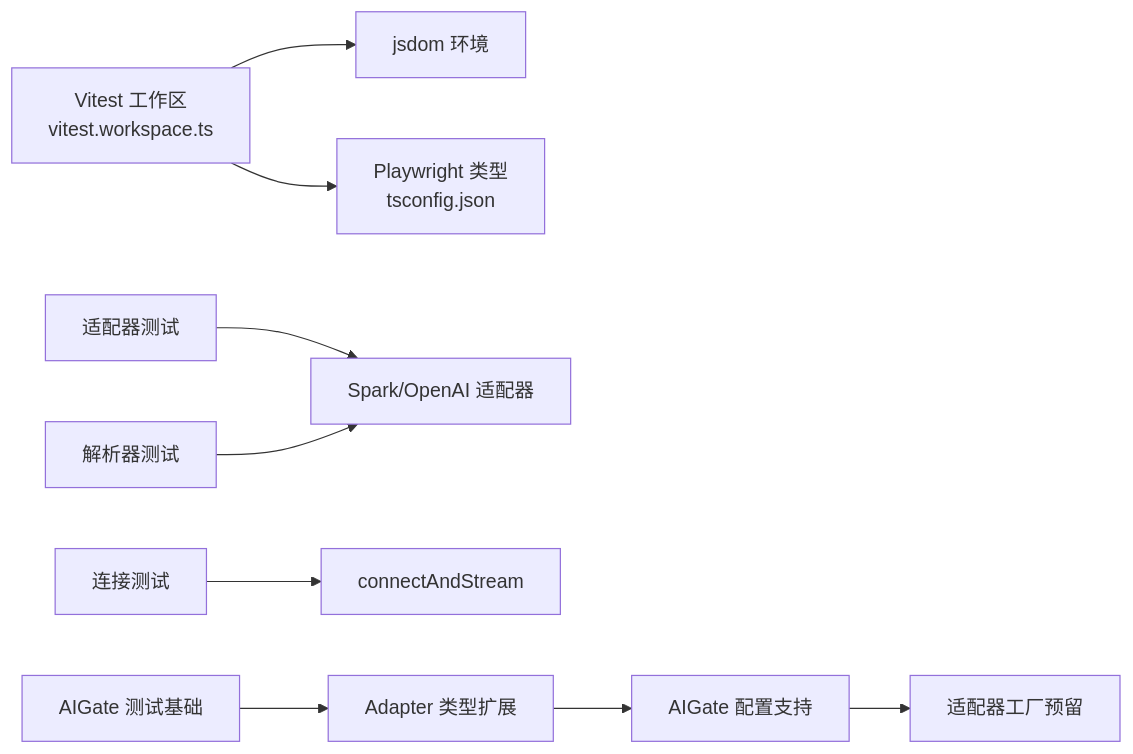
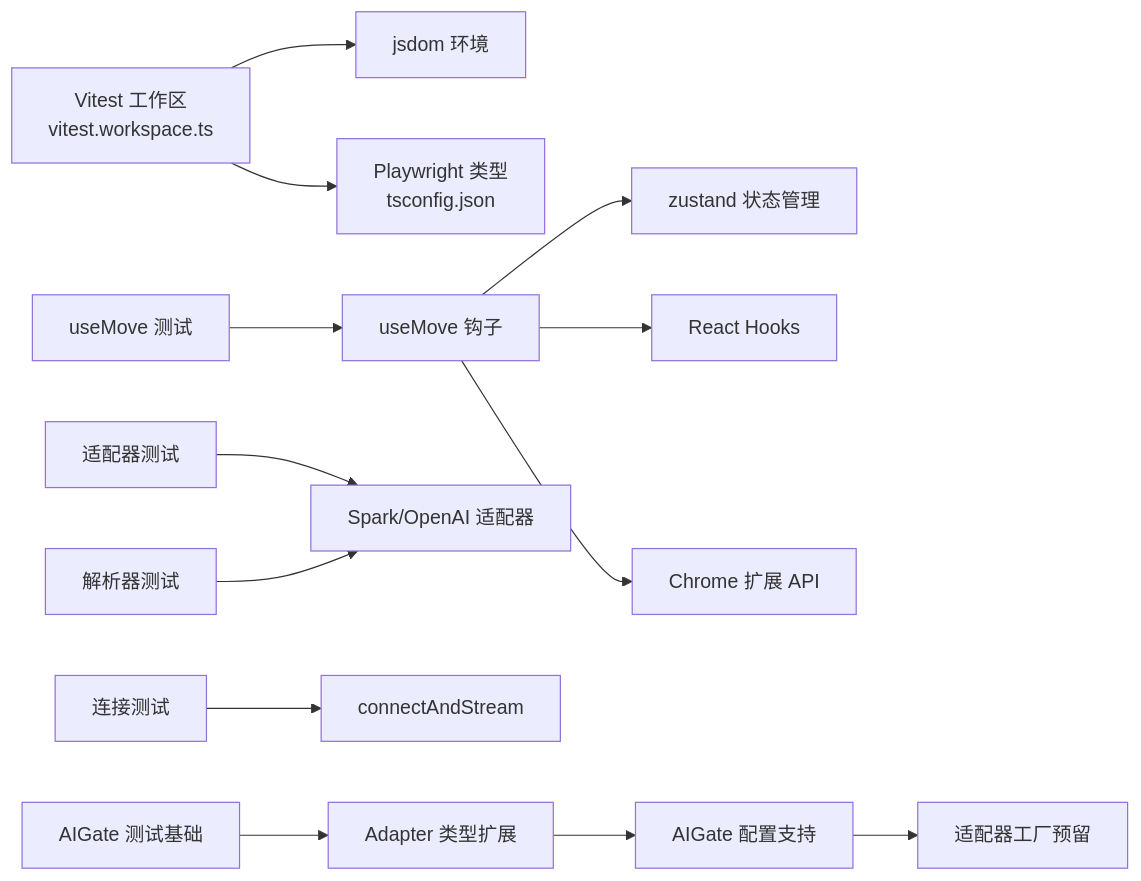
Before and after one commit to RadiumAg/bilibili-favorites: the eighth of 8 diagrams in .qoder/repowiki/zh/content/开发指南/测试策略与实践.md, drawn with Mermaid. The commit also changed other lines of this file and 5 other files, not shown here.

````diff
--- a/.qoder/repowiki/zh/content/开发指南/测试策略与实践.md
+++ b/.qoder/repowiki/zh/content/开发指南/测试策略与实践.md
@@ -245,11 +303,15 @@
 ```mermaid
 graph LR
 V["Vitest 工作区<br/>vitest.workspace.ts"] --> J["jsdom 环境"]
 V --> P["Playwright 类型<br/>tsconfig.json"]
-T1["适配器测试"] --> A["Spark/OpenAI 适配器"]
-T2["解析器测试"] --> A
-T3["连接测试"] --> S["connectAndStream"]
+T1["useMove 测试"] --> M["useMove 钩子"]
+T2["适配器测试"] --> A["Spark/OpenAI 适配器"]
+T3["解析器测试"] --> A
+T4["连接测试"] --> S["connectAndStream"]
+M --> Z["zustand 状态管理"]
+M --> R["React Hooks"]
+M --> C["Chrome 扩展 API"]
 AIGate["AIGate 测试基础"] --> AT["Adapter 类型扩展"]
 AT --> AC["AIGate 配置支持"]
 AC --> AF["适配器工厂预留"]
 ```
````
